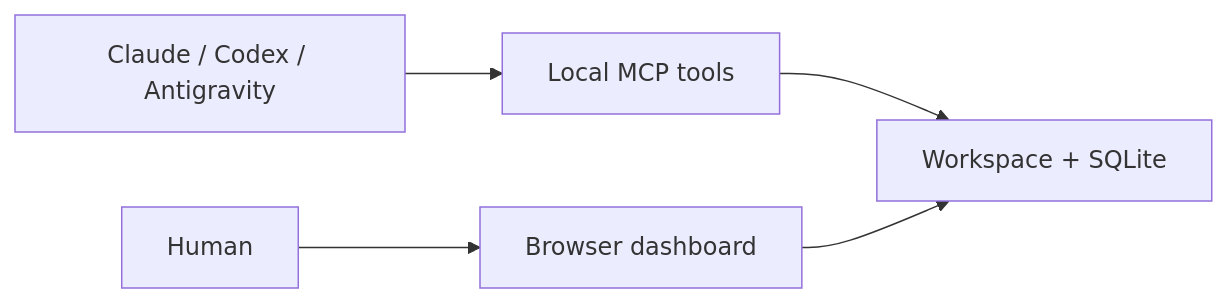
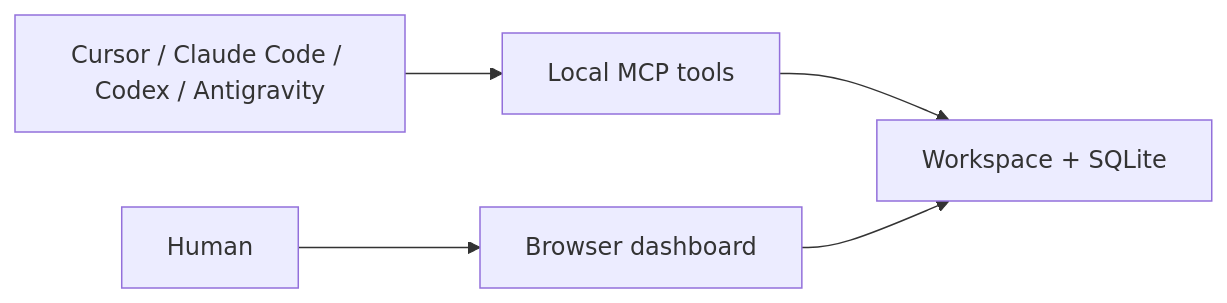
The diagram in README.md (kennethwallace21-sys/Agent-Collaboration-Hub), drawn with Mermaid before and after one commit. The commit also changed other lines of this file and 13 other files, not shown here.

````diff
--- a/README.md
+++ b/README.md
@@ -79,7 +80,7 @@
 ```mermaid
 flowchart LR
-    Agents[Claude / Codex / Antigravity] --> MCP[Local MCP tools]
+    Agents[Cursor / Claude Code / Codex / Antigravity] --> MCP[Local MCP tools]
     MCP --> Workspace[Workspace + SQLite]
     Human[Human] --> Dashboard[Browser dashboard]
     Dashboard --> Workspace
 ```
````
